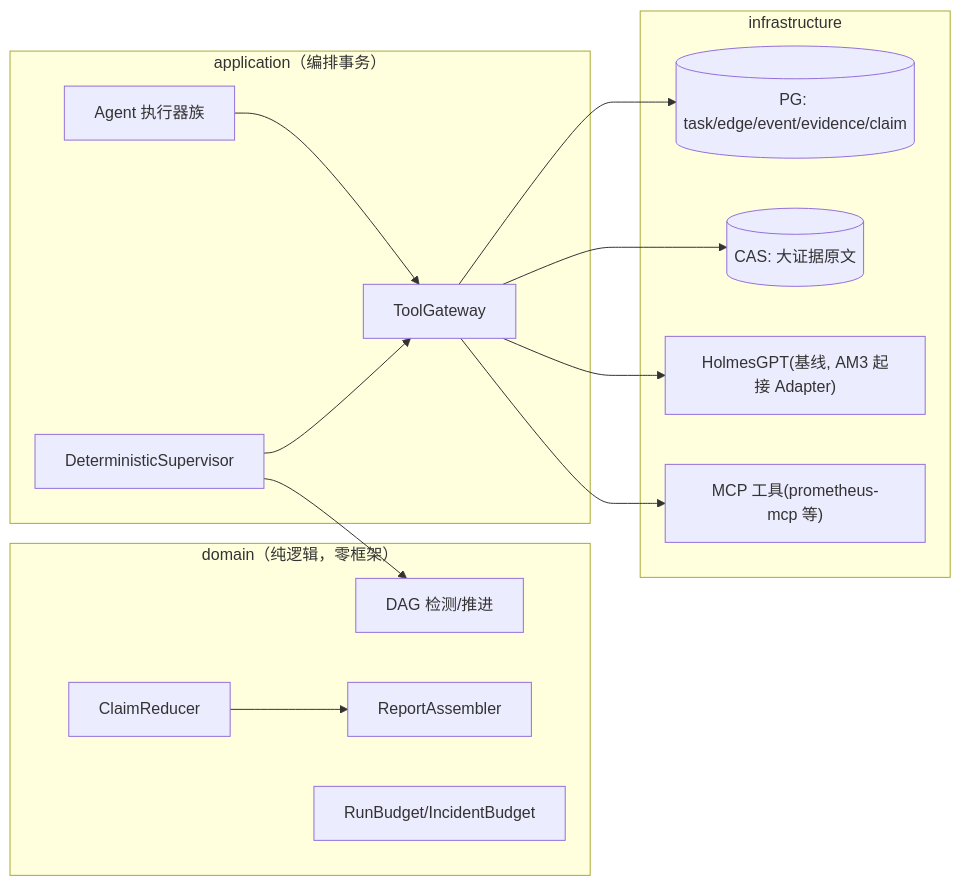
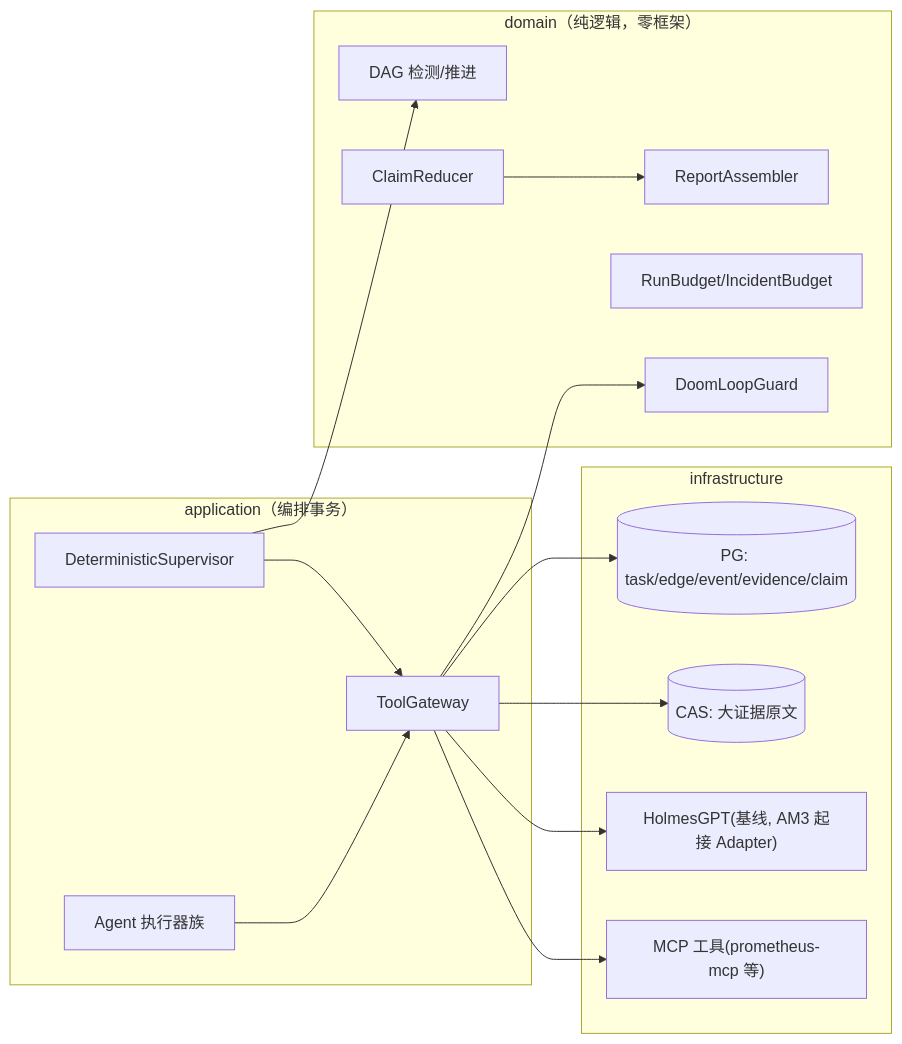
Before and after one commit to objwww/PR: the second of 2 diagrams in docs/告警AM4-技术方案.md, drawn with Mermaid. The commit also changed other lines of this file and 1 other file, not shown here.

Commit message:
docs: AM4 双方案升 v1.3（G1 退回修订，代提交并行会话稿）——P0 三项（门禁状态三处统一 G1 未签/迁移编号正式裁定 V12~V17/§6.1 降纯追溯表消除双轨）+ 语义收紧落稿（预算幂等业务键+取消双路径+rca_event 弃 global seq+additionalProperties=false 硬拒绝+错误两族四态原因码+证据四正交维度 digest 五步+Claim 双哈希四分支三正交字段废 verdict 枚举+DoomLoopGuard 独立组件+降级白名单）+ 测试 L2.5/L4/L4.5；待用户 G1 复审

````diff
--- a/docs/告警AM4-技术方案.md
+++ b/docs/告警AM4-技术方案.md
@@ -117,29 +119,31 @@
 ```mermaid
 flowchart LR
     subgraph domain["domain（纯逻辑，零框架）"]
         dag["DAG 检测/推进"]
         red["ClaimReducer"]
         asm["ReportAssembler"]
         bud["RunBudget/IncidentBudget"]
+        dlg["DoomLoopGuard"]
     end
     subgraph app["application（编排事务）"]
         sup["DeterministicSupervisor"]
         gw["ToolGateway"]
         ag["Agent 执行器族"]
     end
     subgraph infra["infrastructure"]
         pg[("PG: task/edge/event/evidence/claim")]
         cas[("CAS: 大证据原文")]
         holmes["HolmesGPT(基线, AM3 起接 Adapter)"]
         mcp["MCP 工具(prometheus-mcp 等)"]
     end
 
     sup --> dag
     sup --> gw
     ag --> gw
+    gw --> dlg
     gw --> pg
     gw --> cas
     gw --> holmes
     gw --> mcp
     red --> asm
 ```
````
